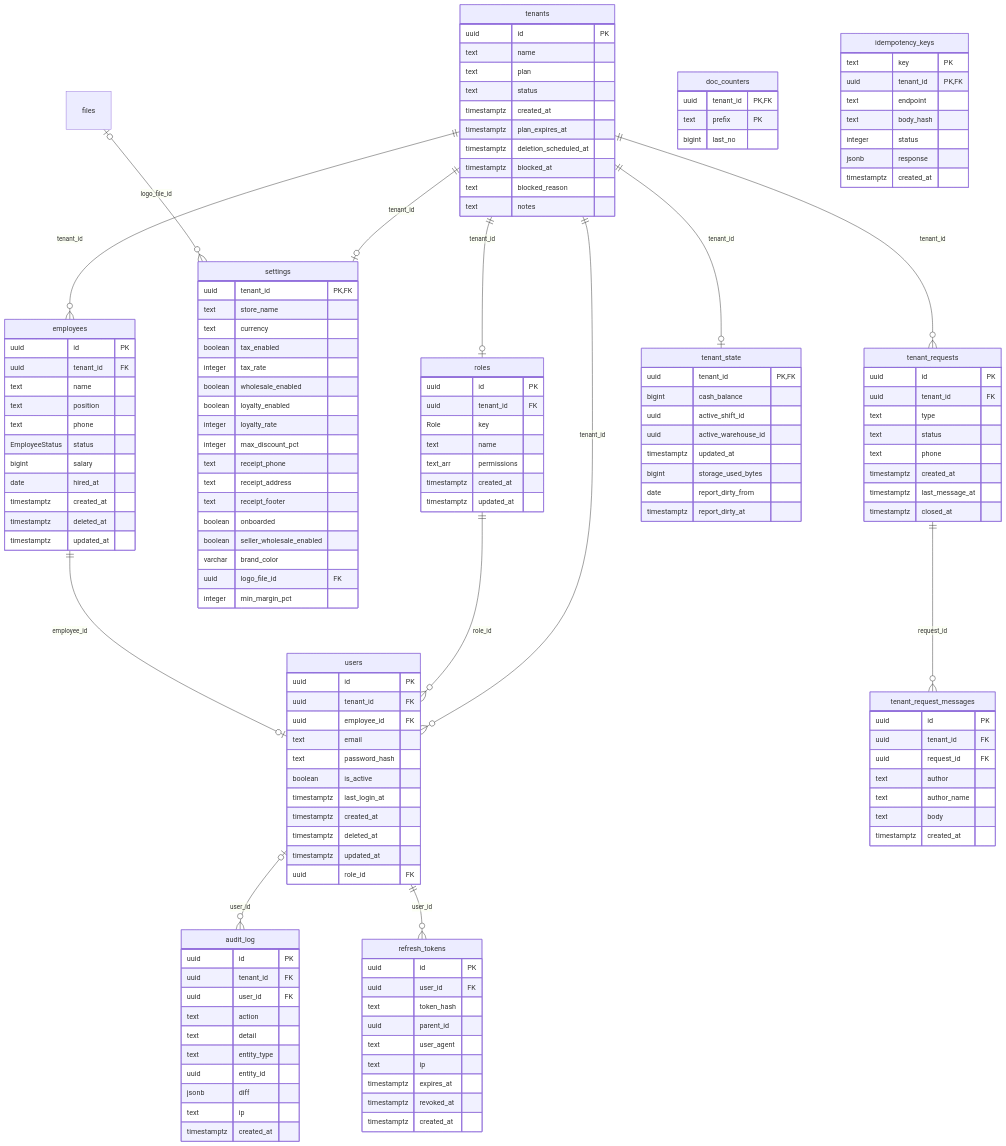
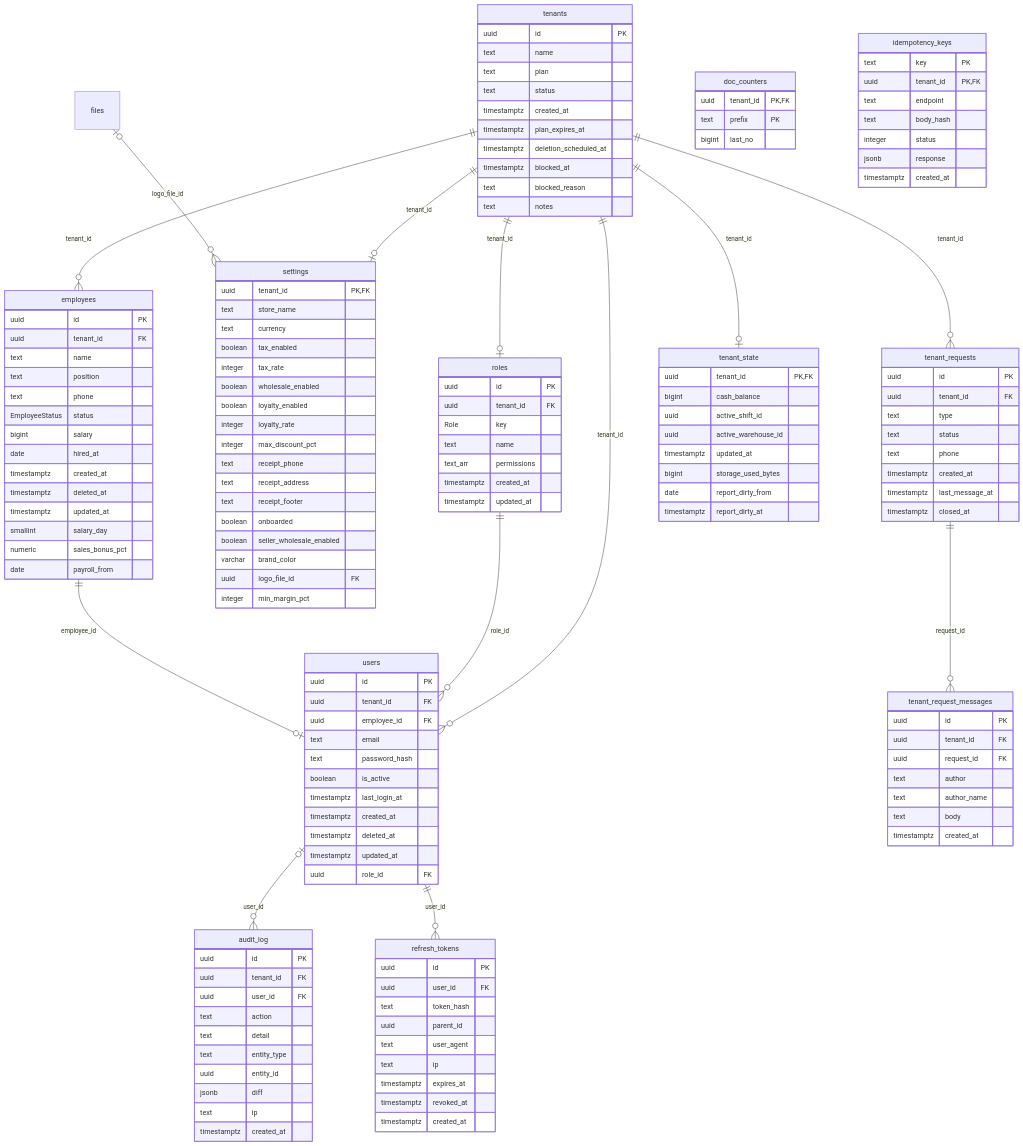
Before and after one commit to Ulugbek-Mominjonov/crm-api: the second of 10 diagrams in docs/database/README.md, drawn with Mermaid. The commit also changed other lines of this file and 33 other files, not shown here.

```diff
--- a/docs/database/README.md
+++ b/docs/database/README.md
@@ -142,6 +143,9 @@
         timestamptz created_at
         timestamptz deleted_at
         timestamptz updated_at
+        smallint salary_day
+        numeric sales_bonus_pct
+        date payroll_from
     }
     users {
         uuid id PK
```
